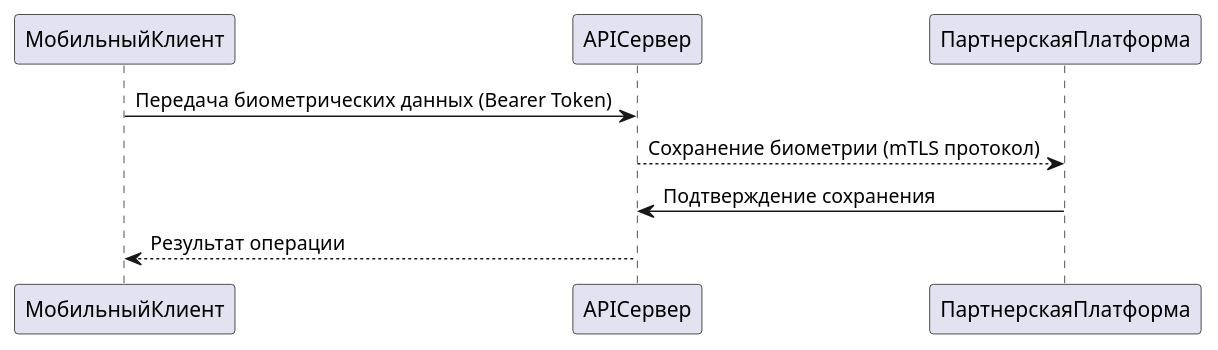
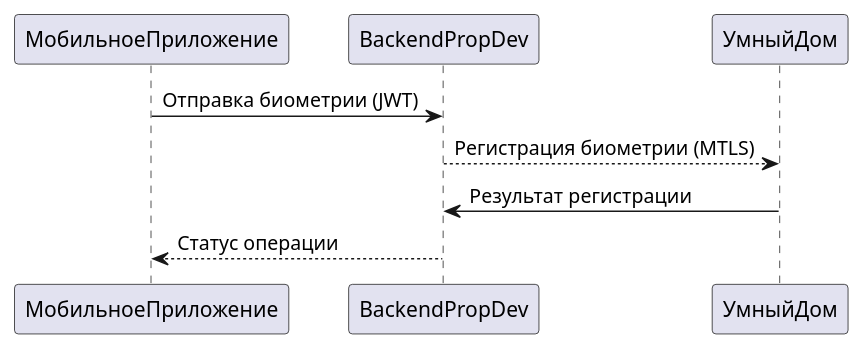
One commit to edzh1/architecture-propdevelopment changed the second of 3 diagrams in task3/readme.md. Above: the diagram before and after it, drawn with PlantUML. The commit also changed other lines of this file and 3 other files, not shown here.

````diff
--- a/task3/readme.md
+++ b/task3/readme.md
@@ -24,8 +30,9 @@
-```plantuml
+```puml
 @startuml
-МобильныйКлиент -> APIСервер: Передача биометрических данных (Bearer Token)
-APIСервер --> ПартнерскаяПлатформа: Сохранение биометрии (mTLS протокол)
-ПартнерскаяПлатформа -> APIСервер: Подтверждение сохранения
-МобильныйКлиент <-- APIСервер: Результат операции
+МобильноеПриложение -> BackendPropDev: Отправка биометрии (JWT)
+BackendPropDev --> УмныйДом: Регистрация биометрии (MTLS)
+УмныйДом -> BackendPropDev: Результат регистрации
+МобильноеПриложение <-- BackendPropDev: Статус операции
 @enduml
+
 ```
````
